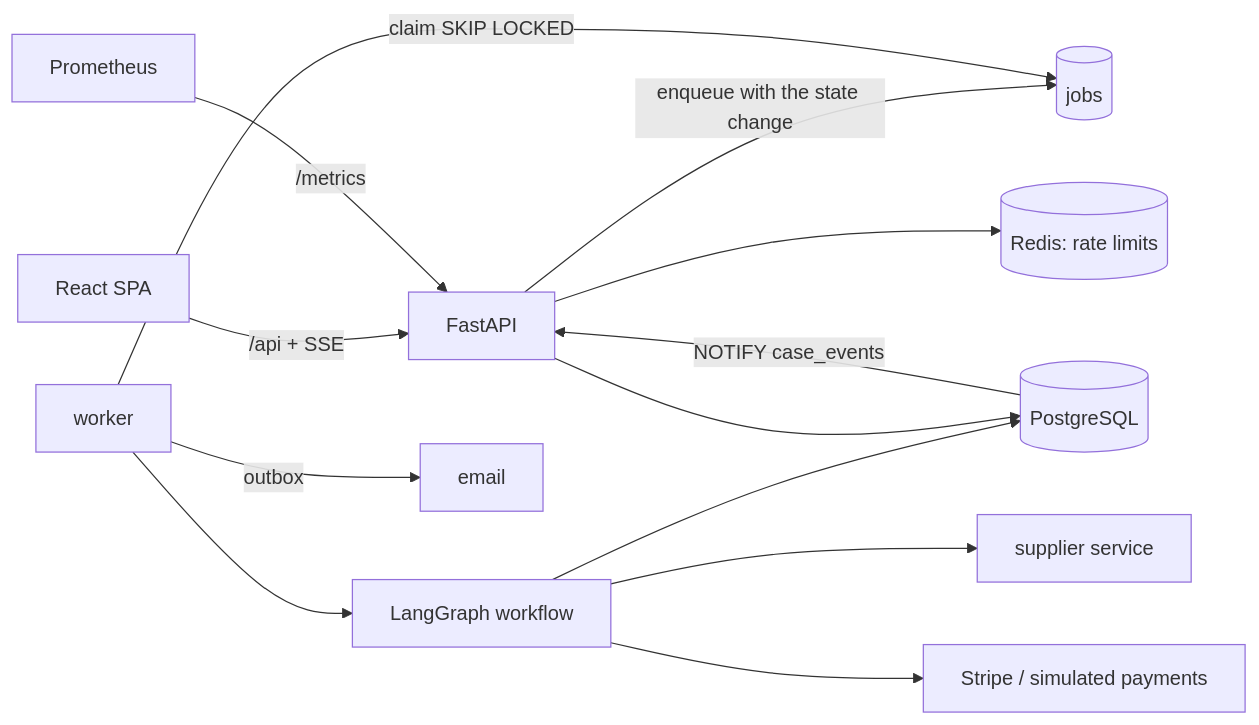
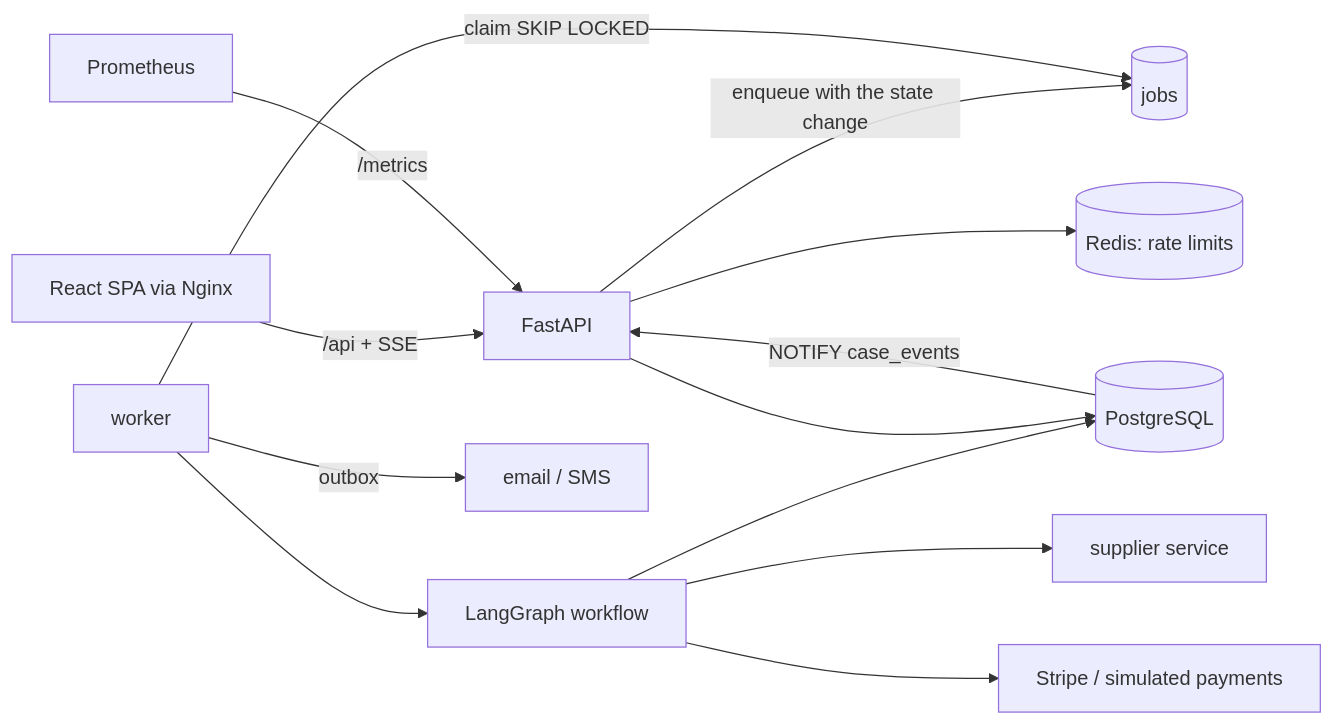
Before and after one commit to KYiz/CareTripOps: the diagram in README.md, drawn with Mermaid. The commit also changed other lines of this file and 1 other file, not shown here.

````diff
--- a/README.md
+++ b/README.md
@@ -54,15 +53,15 @@
 ```mermaid
 flowchart LR
-  WEB[React SPA] -->|/api + SSE| API[FastAPI]
+  WEB[React SPA via Nginx] -->|/api + SSE| API[FastAPI]
   API -->|enqueue with the state change| JOBS[(jobs)]
   WORKER[worker] -->|claim SKIP LOCKED| JOBS
   WORKER --> GRAPH[LangGraph workflow]
   GRAPH --> SUP[supplier service]
   GRAPH --> PAY[Stripe / simulated payments]
   GRAPH --> DB[(PostgreSQL)]
   API --> DB
   DB -->|NOTIFY case_events| API
-  WORKER -->|outbox| MAIL[email]
+  WORKER -->|outbox| MAIL[email / SMS]
   API --> REDIS[(Redis: rate limits)]
   PROM[Prometheus] -->|/metrics| API
 ```
````
